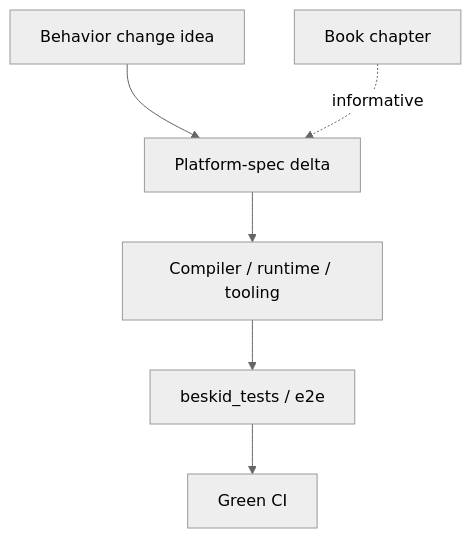
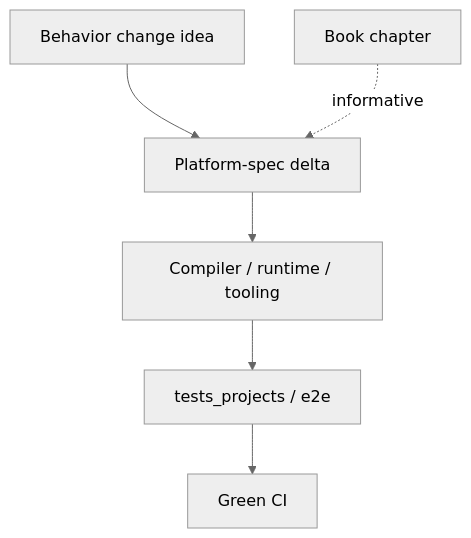
Before and after one commit to Cyber-Nomad-Collective/beskid: the diagram in beskid_sites/apps/website/src/content/book/22-so-you-want-to-contribute/index.mdx, drawn with Mermaid (neutral theme). The commit also changed other lines of this file and 116 other files, not shown here.

````diff
--- a/beskid_sites/apps/website/src/content/book/22-so-you-want-to-contribute/index.mdx
+++ b/beskid_sites/apps/website/src/content/book/22-so-you-want-to-contribute/index.mdx
@@ -36,8 +26,8 @@
 ```mermaid
 flowchart TD
   idea[Behavior change idea] --> spec[Platform-spec delta]
   spec --> code[Compiler / runtime / tooling]
-  code --> tests[beskid_tests / e2e]
+  code --> tests[tests_projects / e2e]
   tests --> ci[Green CI]
   book[Book chapter] -.informative.-> spec
 ```
````
